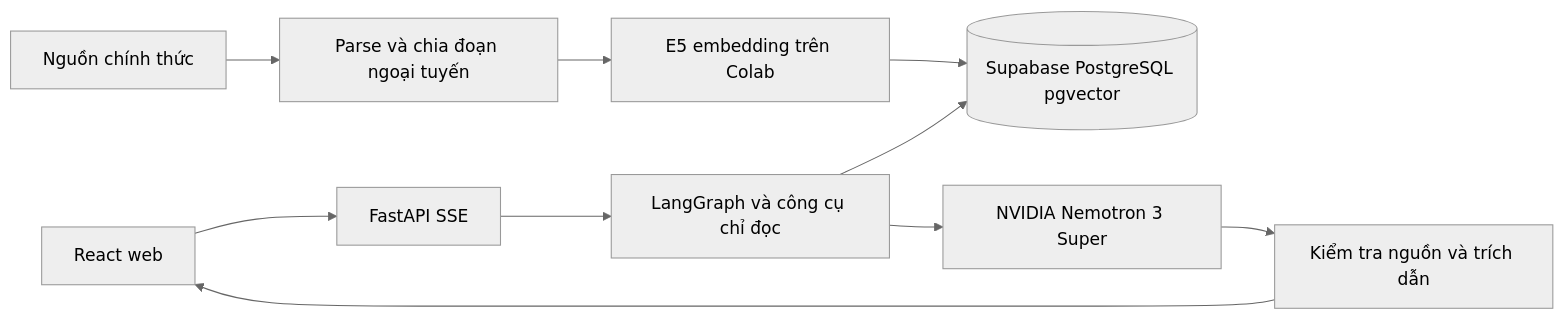
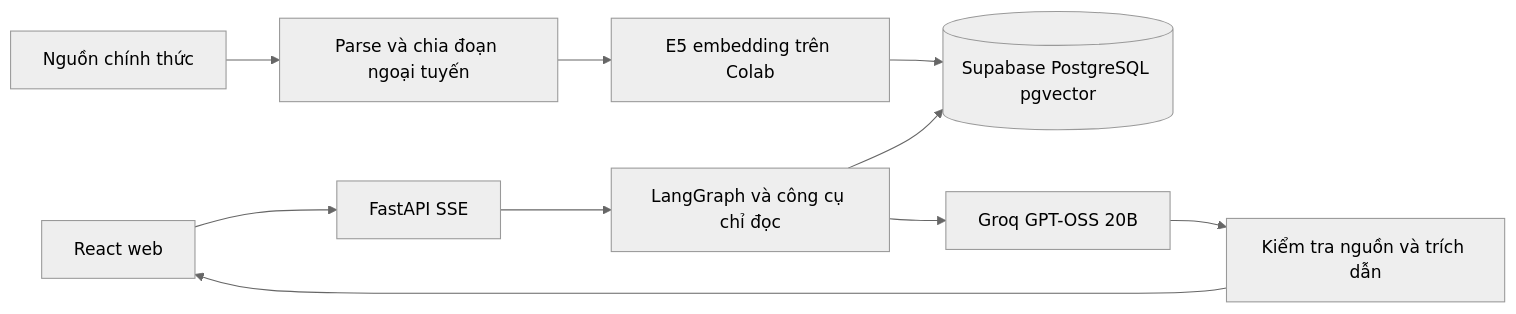
The diagram in docs/submission/REPORT.md (dovh25x/land-law-chatbot), drawn with Mermaid (neutral theme) before and after one commit. The commit also changed other lines of this file and 12 other files, not shown here.

````diff
--- a/docs/submission/REPORT.md
+++ b/docs/submission/REPORT.md
@@ -21,12 +21,12 @@
 ```mermaid
 flowchart LR
     D[Nguồn chính thức] --> P[Parse và chia đoạn ngoại tuyến]
     P --> E[E5 embedding trên Colab]
     E --> DB[(Supabase PostgreSQL pgvector)]
     W[React web] --> API[FastAPI SSE]
     API --> G[LangGraph và công cụ chỉ đọc]
     G --> DB
-    G --> N[NVIDIA Nemotron 3 Super]
+    G --> N[Groq GPT-OSS 20B]
     N --> V[Kiểm tra nguồn và trích dẫn]
     V --> W
 ```
````
